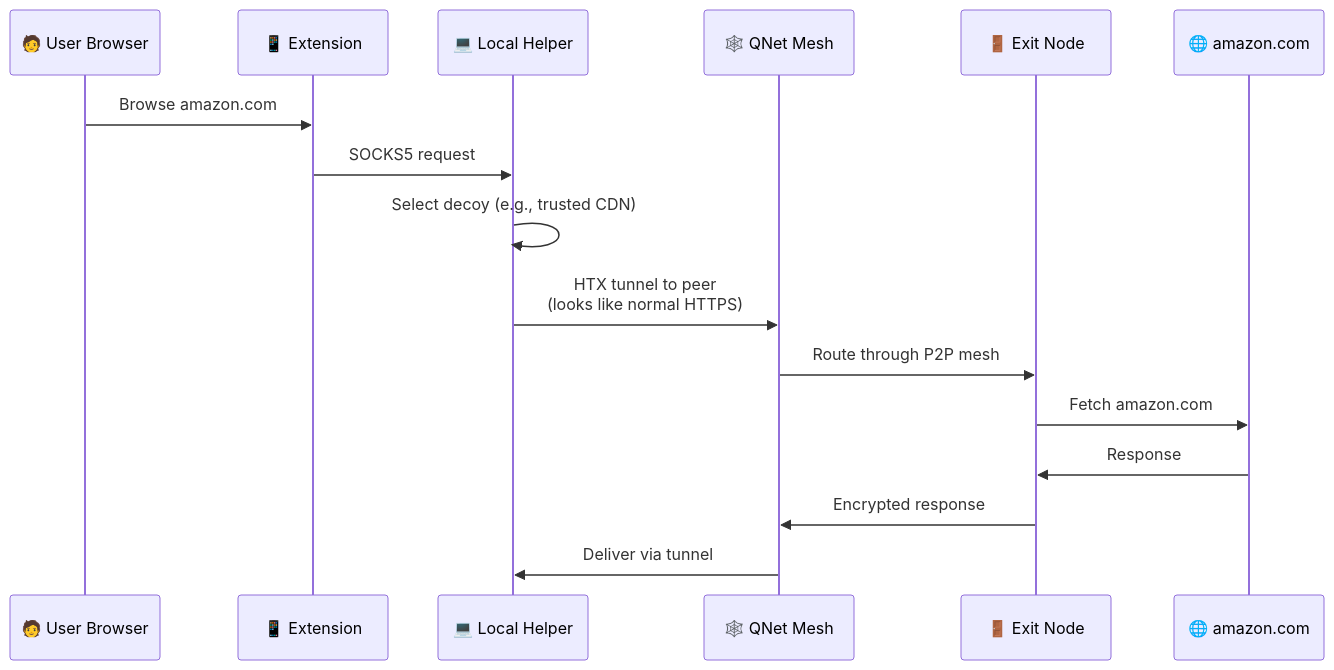
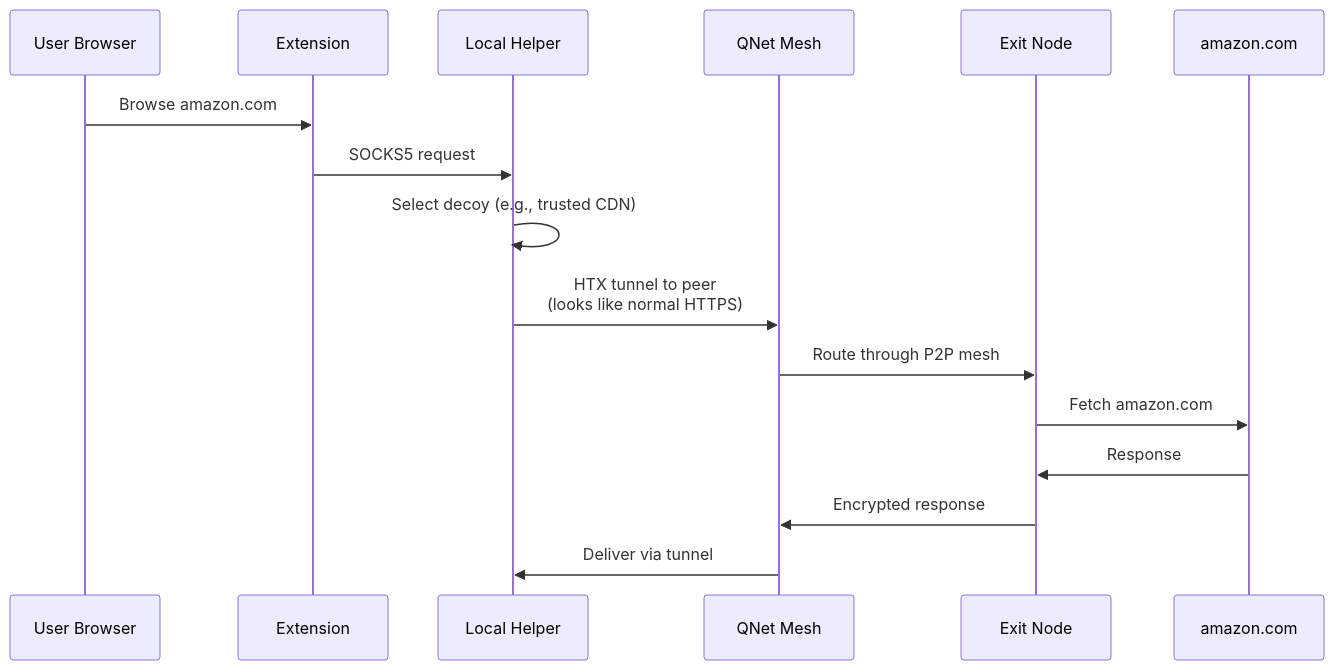
One commit to QW1CKS/qnet changed the second of 13 diagrams in README.md. Above: the diagram before and after it, drawn with Mermaid. The commit also changed other lines of this file, not shown here.

Commit message:
Implement feature X to enhance user experience and optimize performance

````diff
--- a/README.md
+++ b/README.md
@@ -153,19 +139,19 @@
 ```mermaid
 sequenceDiagram
-    participant User as 🧑 User Browser
-    participant Ext as 📱 Extension
-    participant Helper as 💻 Local Helper
-    participant Mesh as 🕸️ QNet Mesh
-    participant Exit as 🚪 Exit Node
-    participant Target as 🌐 amazon.com
+    participant User as User Browser
+    participant Ext as Extension
+    participant Helper as Local Helper
+    participant Mesh as QNet Mesh
+    participant Exit as Exit Node
+    participant Target as amazon.com
     
     User->>Ext: Browse amazon.com
     Ext->>Helper: SOCKS5 request
     Helper->>Helper: Select decoy (e.g., trusted CDN)
     Helper->>Mesh: HTX tunnel to peer<br/>(looks like normal HTTPS)
     Mesh->>Exit: Route through P2P mesh
     Exit->>Target: Fetch amazon.com
     Target->>Exit: Response
     Exit->>Mesh: Encrypted response
     Mesh->>Helper: Deliver via tunnel
 ```
````
